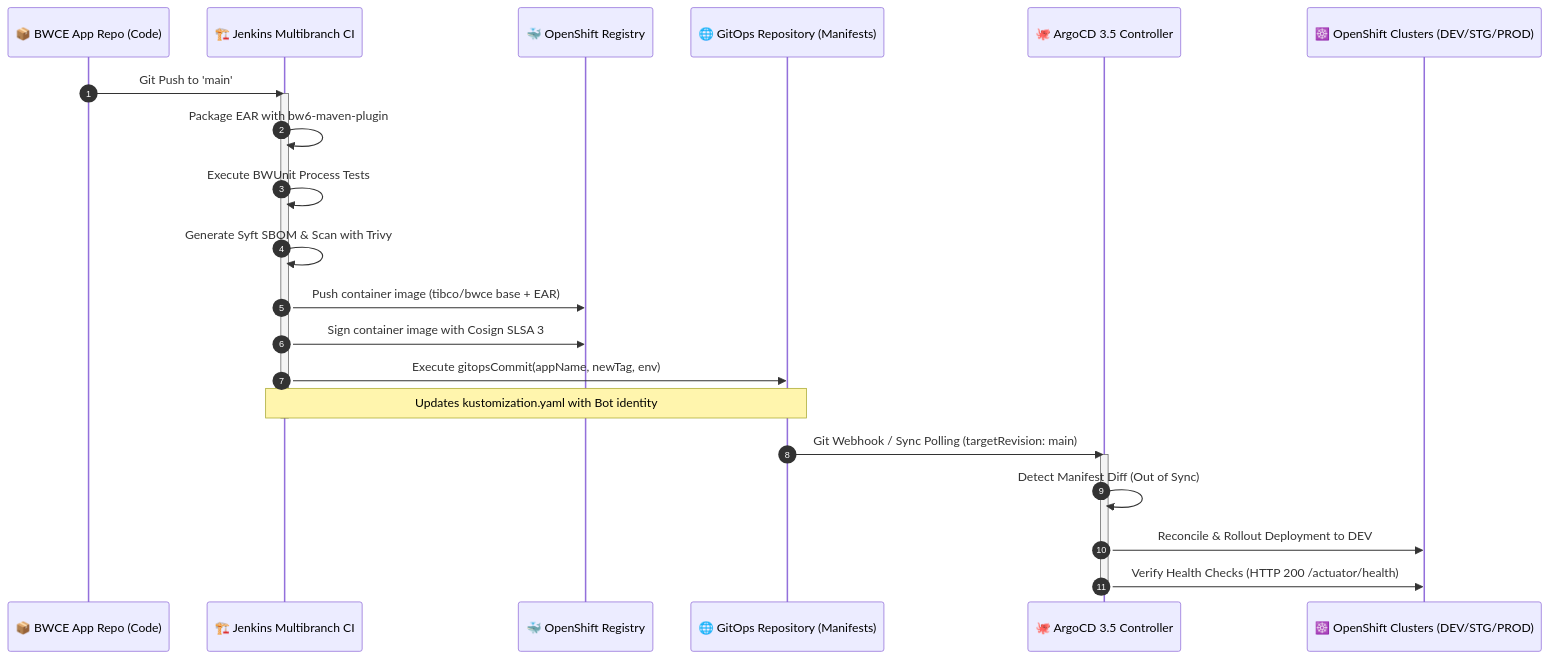
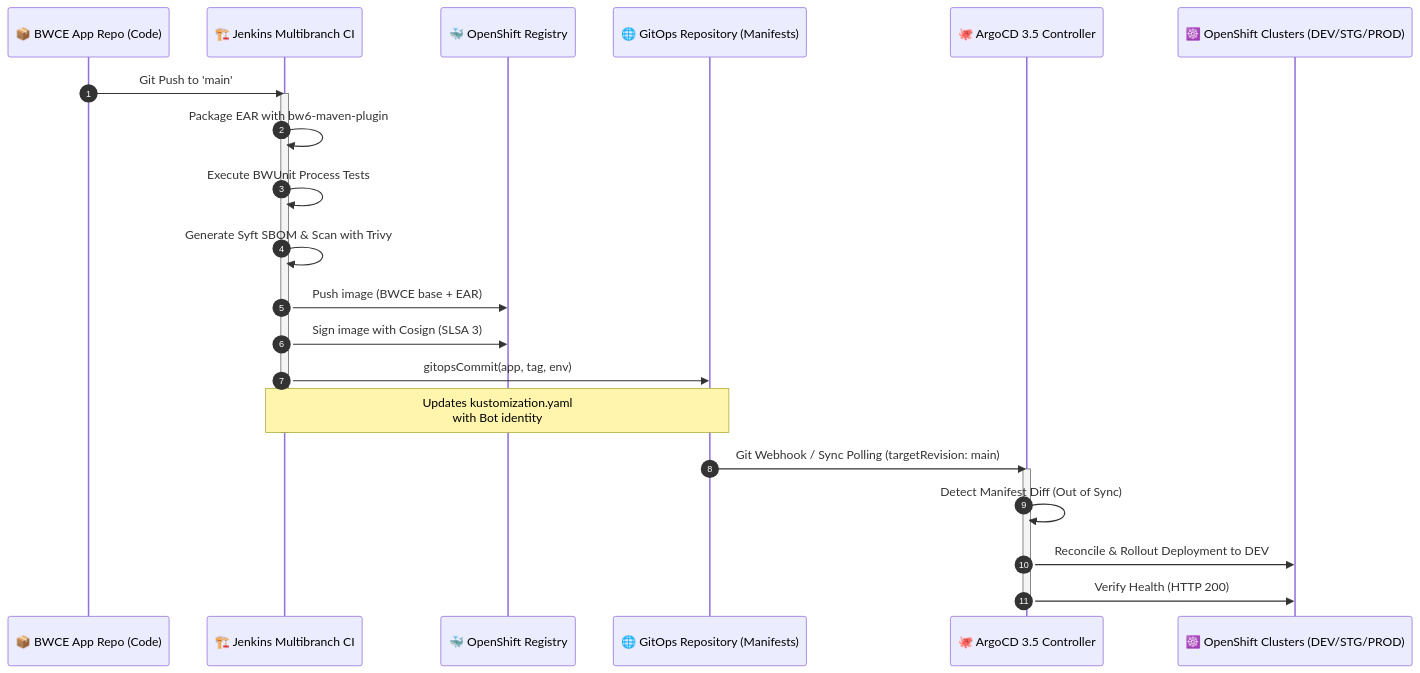
One commit to nubenetes/jenkins-without-git-parameter-bwce changed the seventh of 11 diagrams in README.md. Above: the diagram before and after it, drawn with Mermaid. The commit also changed other lines of this file, not shown here.

Commit message:
docs: optimize Mermaid diagram labels, text wrapping, and sequence notes to prevent text truncation

````diff
--- a/README.md
+++ b/README.md
@@ -525,29 +525,29 @@
 ```mermaid
 sequenceDiagram
     autonumber
     participant GitApp as 📦 BWCE App Repo (Code)
     participant Jenkins as 🏗️ Jenkins Multibranch CI
     participant Registry as 🐳 OpenShift Registry
     participant GitOps as 🌐 GitOps Repository (Manifests)
     participant ArgoCD as 🐙 ArgoCD 3.5 Controller
     participant OCP as ☸️ OpenShift Clusters (DEV/STG/PROD)
 
     GitApp->>Jenkins: Git Push to 'main'
     activate Jenkins
     Jenkins->>Jenkins: Package EAR with bw6-maven-plugin
     Jenkins->>Jenkins: Execute BWUnit Process Tests
     Jenkins->>Jenkins: Generate Syft SBOM & Scan with Trivy
-    Jenkins->>Registry: Push container image (tibco/bwce base + EAR)
-    Jenkins->>Registry: Sign container image with Cosign SLSA 3
+    Jenkins->>Registry: Push image (BWCE base + EAR)
+    Jenkins->>Registry: Sign image with Cosign (SLSA 3)
     
-    Jenkins->>GitOps: Execute gitopsCommit(appName, newTag, env)
-    Note over Jenkins,GitOps: Updates kustomization.yaml with Bot identity
+    Jenkins->>GitOps: gitopsCommit(app, tag, env)
+    Note over Jenkins,GitOps: Updates kustomization.yaml<br/>with Bot identity
     deactivate Jenkins
 
     GitOps->>ArgoCD: Git Webhook / Sync Polling (targetRevision: main)
     activate ArgoCD
     ArgoCD->>ArgoCD: Detect Manifest Diff (Out of Sync)
     ArgoCD->>OCP: Reconcile & Rollout Deployment to DEV
-    ArgoCD->>OCP: Verify Health Checks (HTTP 200 /actuator/health)
+    ArgoCD->>OCP: Verify Health (HTTP 200)
     deactivate ArgoCD
 ```
````
